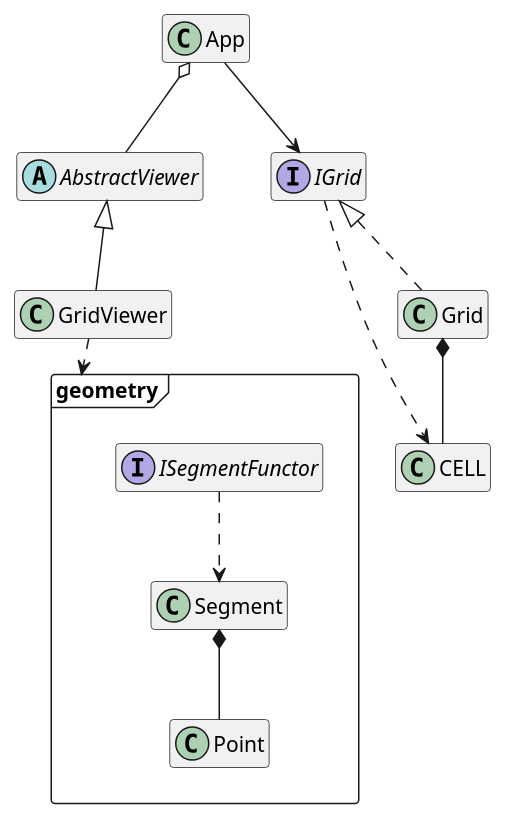
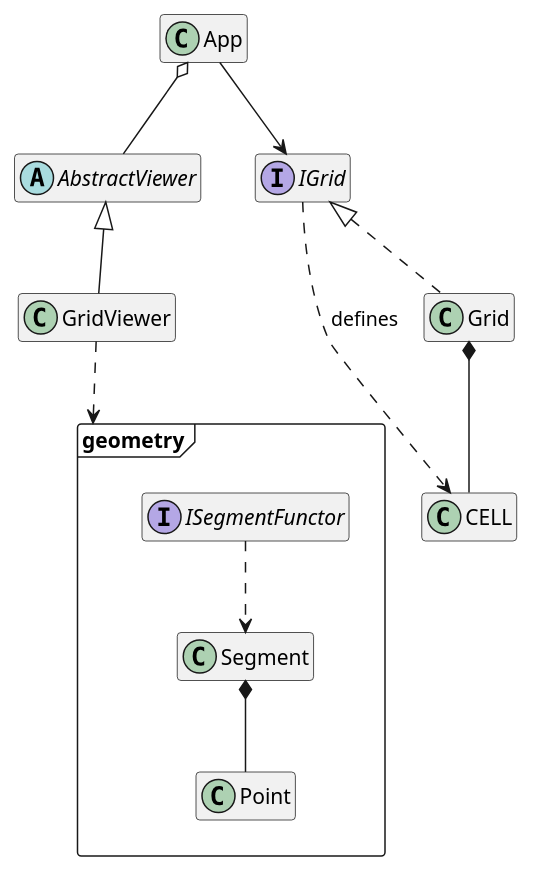
Before and after one commit to kanmeugne/kanmeugne.github.io: the first of 5 diagrams in _posts/dev/2020-09-29-sfml-2d-grid.md, drawn with PlantUML. The commit also changed other lines of this file and 2 other files, not shown here.

Commit message:
add tag on link

```diff
--- a/_posts/dev/2020-09-29-sfml-2d-grid.md
+++ b/_posts/dev/2020-09-29-sfml-2d-grid.md
@@ -29,76 +29,76 @@
 {% plantuml %}
 
 @startuml
 package geometry <<Frame>>
 {
     class Point {
         + int x
         + int y
     }
     class Segment {
         + Point init
         + Point end
     }
     interface ISegmentFunctor {
         + virtual void operator(const Segment&)
     }
 }
 abstract class AbstractViewer {
     + virtual void iActivate()
     + virtual void iDeactivate()
     + virtual void iIsActive() const
     + virtual void iSetApp(App*)
     + virtual void iDisplay();
     # {abstract} virtual void iDraw()
     # bool _active = false
 }
 class App {
     + {static} const int DEFAULT_HEIGHT
     + {static} const int DEFAULT_WIDTH
     + {static} const int DEFAULT_RESX
     + {static} const int DEFAULT_RESY
     + void run()
     + void display()
 }
 class CELL {
     + int id
     + int state
 }
 class GridViewer extends AbstractViewer {
     - void drawLines(geometry::ISegmentFunctor&)
     + void initialize()
     # void iDraw()
 }
 interface IGrid {
     + virtual bool iInitialize() const
     + virtual int iGetSizeX() const
     + virtual int iGetSizeY() const
     + virtual int iGetResolutionX() const
     + virtual int iGetResolutionY() const
     + virtual int iGetNumberOfCells() const
     + virtual bool iGetCellPosition(CELL, int&, int&) const
     + virtual bool iGetCellCoordinates(CELL, int&, int&) const
     + virtual bool iGetCellNumber(int, int, CELL&) const
     + virtual bool iGetContainingCell(int, int, CELL&) const
     + virtual bool iIsWithinCell(int, int, CELL) const
     + virtual bool iAddObstacle(const CELL) const
     + virtual bool iIsObstacle(const CELL) const
 }
 class Grid implements IGrid {
     - int resx
     - int resy
     - int sizex
     - int sizey
 }
-IGrid ..> CELL
+IGrid ..> CELL : defines
 Grid *-- CELL
 App --> IGrid
 App o-- AbstractViewer
 Segment *-- Point
 ISegmentFunctor ..> Segment
 GridViewer ..> geometry
 
 hide members
 @enduml
 
 {% endplantuml %}
```
